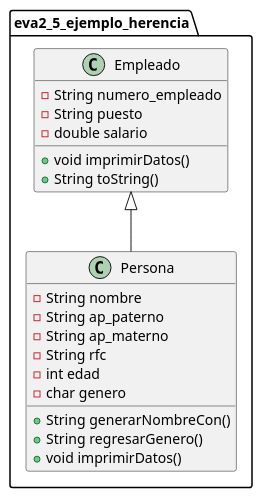
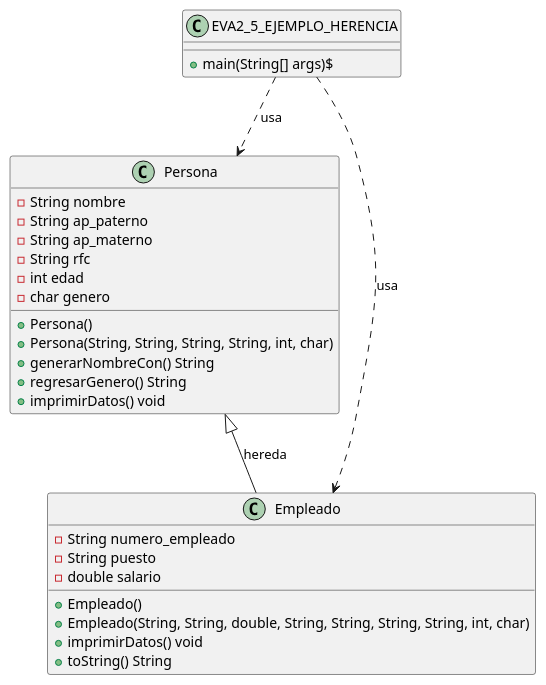
Before and after one commit to DavidViverotec2/POO_EVA2: the diagram in EVA2_5_EJEMPLO_HERENCIA/EVA2_5_EJEMPLO_HERENCIA.puml, drawn with PlantUML. The commit also changed 6 other files, not shown here.

```diff
--- a/EVA2_5_EJEMPLO_HERENCIA/EVA2_5_EJEMPLO_HERENCIA.puml
+++ b/EVA2_5_EJEMPLO_HERENCIA/EVA2_5_EJEMPLO_HERENCIA.puml
@@ -1,28 +1,34 @@
 @startuml
 
-class eva2_5_ejemplo_herencia.Persona{
+    class Persona {
         - String nombre
         - String ap_paterno
         - String ap_materno
         - String rfc
         - int edad
         - char genero
+        + Persona() 
+        + Persona(String, String, String, String, int, char) 
+        + generarNombreCon() String
+        + regresarGenero() String
+        + imprimirDatos() void
+    }
 
-        + String generarNombreCon()
-        + String regresarGenero()
-        + void imprimirDatos()
-    }
-    
-
-class eva2_5_ejemplo_herencia.Empleado {
-
+    class Empleado {
         - String numero_empleado
         - String puesto
         - double salario
-        + void imprimirDatos()
-        + String toString()
-}
+        + Empleado() 
+        + Empleado(String, String, double, String, String, String, String, int, char) 
+        + imprimirDatos() void
+        + toString() String
+    }
 
+    class EVA2_5_EJEMPLO_HERENCIA {
+        + main(String[] args)$
+    }
 
-eva2_5_ejemplo_herencia.Empleado <|-- eva2_5_ejemplo_herencia.Persona
+    Persona <|-- Empleado : hereda
+    EVA2_5_EJEMPLO_HERENCIA ..> Persona : usa
+    EVA2_5_EJEMPLO_HERENCIA ..> Empleado : usa
 @enduml
```
